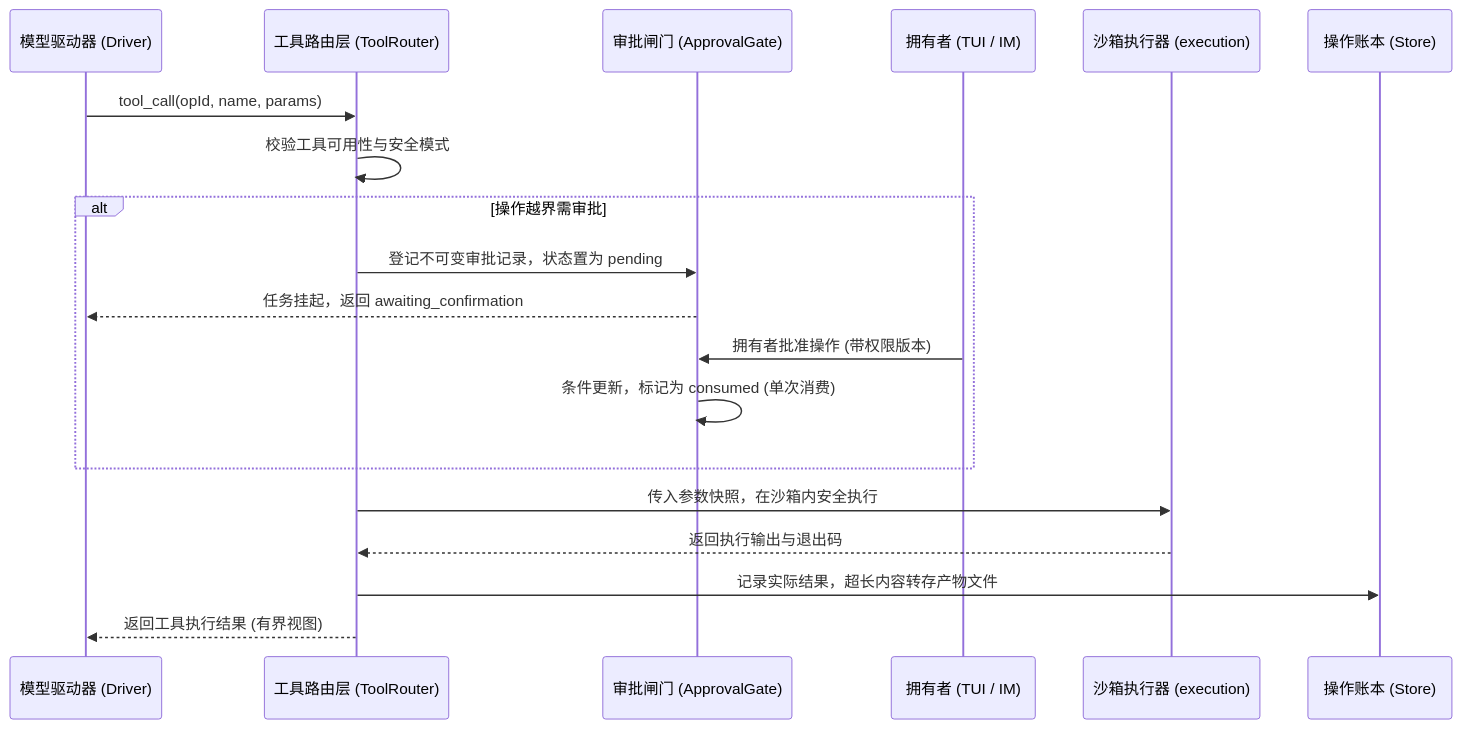
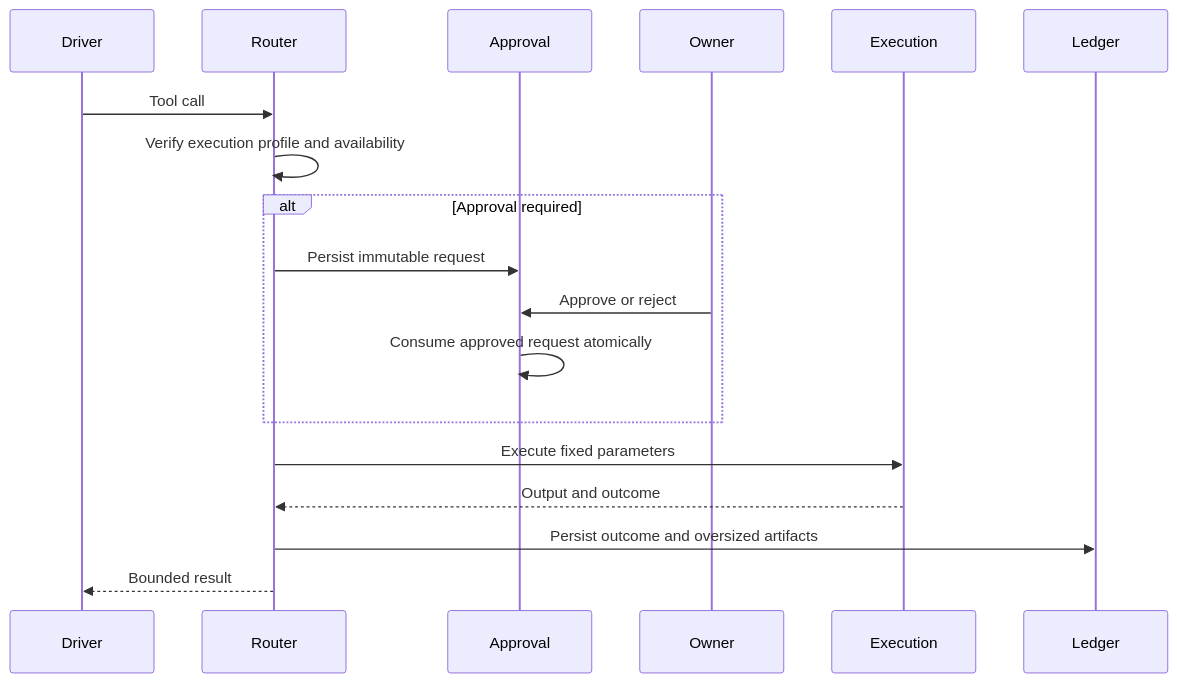
The second of 2 diagrams in docs/modules/agent-tools.md (num-lab/Ruukoto), drawn with Mermaid before and after one commit. The commit also changed other lines of this file and 3987 other files, not shown here.

````diff
--- a/docs/modules/agent-tools.md
+++ b/docs/modules/agent-tools.md
@@ -85,22 +61,20 @@
 ```mermaid
 sequenceDiagram
-  participant Driver as 模型驱动器 (Driver)
-  participant Router as 工具路由层 (ToolRouter)
-  participant Gate as 审批闸门 (ApprovalGate)
-  participant User as 拥有者 (TUI / IM)
-  participant Exec as 沙箱执行器 (execution)
-  participant Ledger as 操作账本 (Store)
-
-  Driver->>Router: tool_call(opId, name, params)
-  Router->>Router: 校验工具可用性与安全模式
-  alt 操作越界需审批
-    Router->>Gate: 登记不可变审批记录，状态置为 pending
-    Gate-->>Driver: 任务挂起，返回 awaiting_confirmation
-    User->>Gate: 拥有者批准操作 (带权限版本)
-    Gate->>Gate: 条件更新，标记为 consumed (单次消费)
+  participant Driver
+  participant Router
+  participant Approval
+  participant Owner
+  participant Execution
+  participant Ledger
+  Driver->>Router: Tool call
+  Router->>Router: Verify execution profile and availability
+  alt Approval required
+    Router->>Approval: Persist immutable request
+    Owner->>Approval: Approve or reject
+    Approval->>Approval: Consume approved request atomically
   end
-  Router->>Exec: 传入参数快照，在沙箱内安全执行
-  Exec-->>Router: 返回执行输出与退出码
-  Router->>Ledger: 记录实际结果，超长内容转存产物文件
-  Router-->>Driver: 返回工具执行结果 (有界视图)
+  Router->>Execution: Execute fixed parameters
+  Execution-->>Router: Output and outcome
+  Router->>Ledger: Persist outcome and oversized artifacts
+  Router-->>Driver: Bounded result
 ```
````
